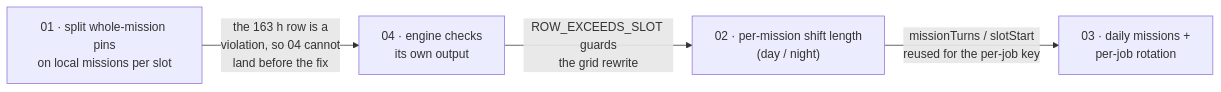
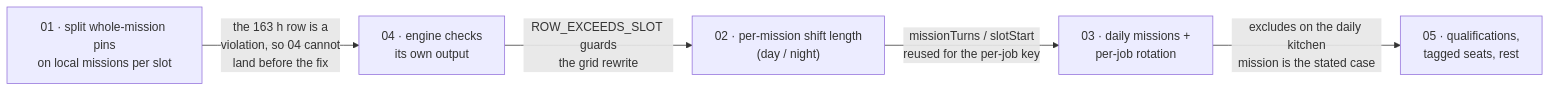
Before and after one commit to barakplasma/guard: the diagram in docs/plans/README.md, drawn with Mermaid. The commit also changed other lines of this file and 1 other file, not shown here.

First line of the commit message:
Plan qualifications: tagged people, tagged seats, and enforced rest

````diff
--- a/docs/plans/README.md
+++ b/docs/plans/README.md
@@ -36,10 +37,12 @@
 ```mermaid
 flowchart LR
   P1["01 · split whole-mission pins<br/>on local missions per slot"]
   P4["04 · engine checks<br/>its own output"]
   P2["02 · per-mission shift length<br/>(day / night)"]
   P3["03 · daily missions +<br/>per-job rotation"]
   P1 -->|"the 163 h row is a<br/>violation, so 04 cannot<br/>land before the fix"| P4
   P4 -->|"ROW_EXCEEDS_SLOT guards<br/>the grid rewrite"| P2
   P2 -->|"missionTurns / slotStart<br/>reused for the per-job key"| P3
+  P3 -->|"excludes on the daily kitchen<br/>mission is the stated case"| P5
+  P5["05 · qualifications,<br/>tagged seats, rest"]
 ```
````
